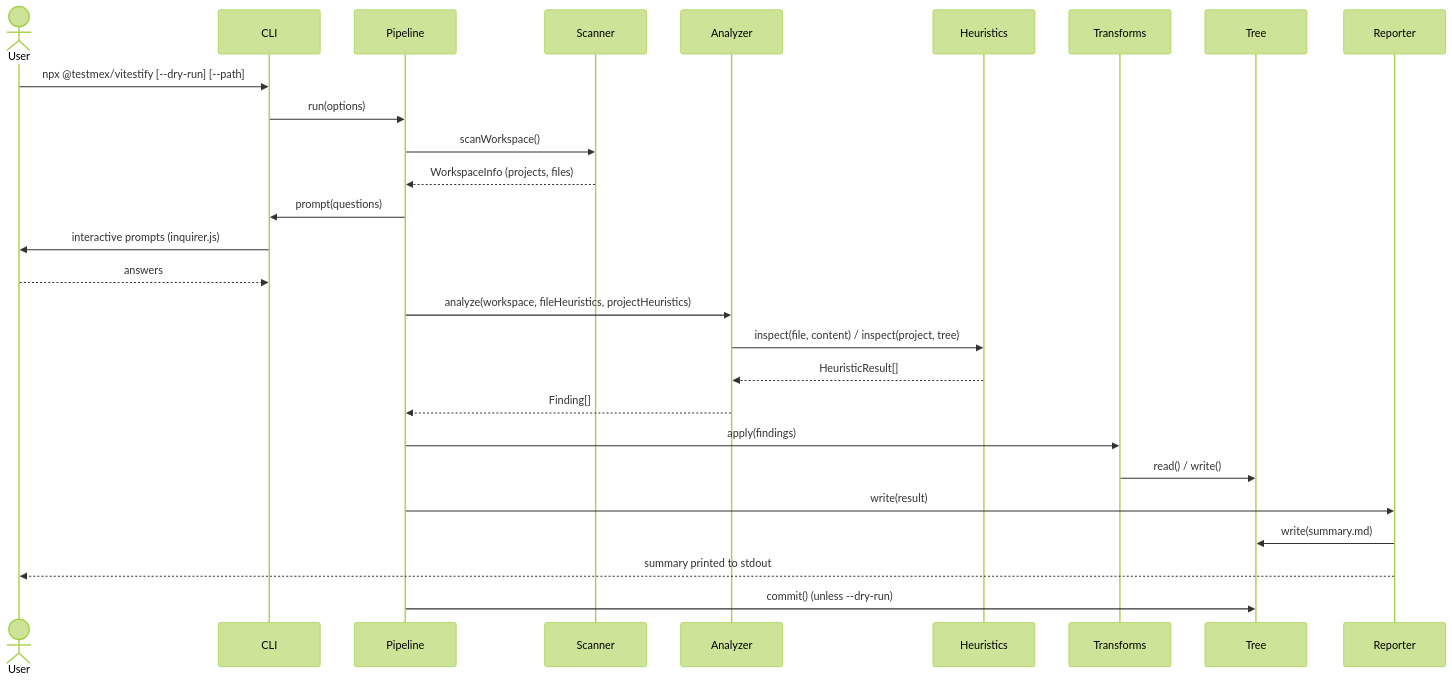
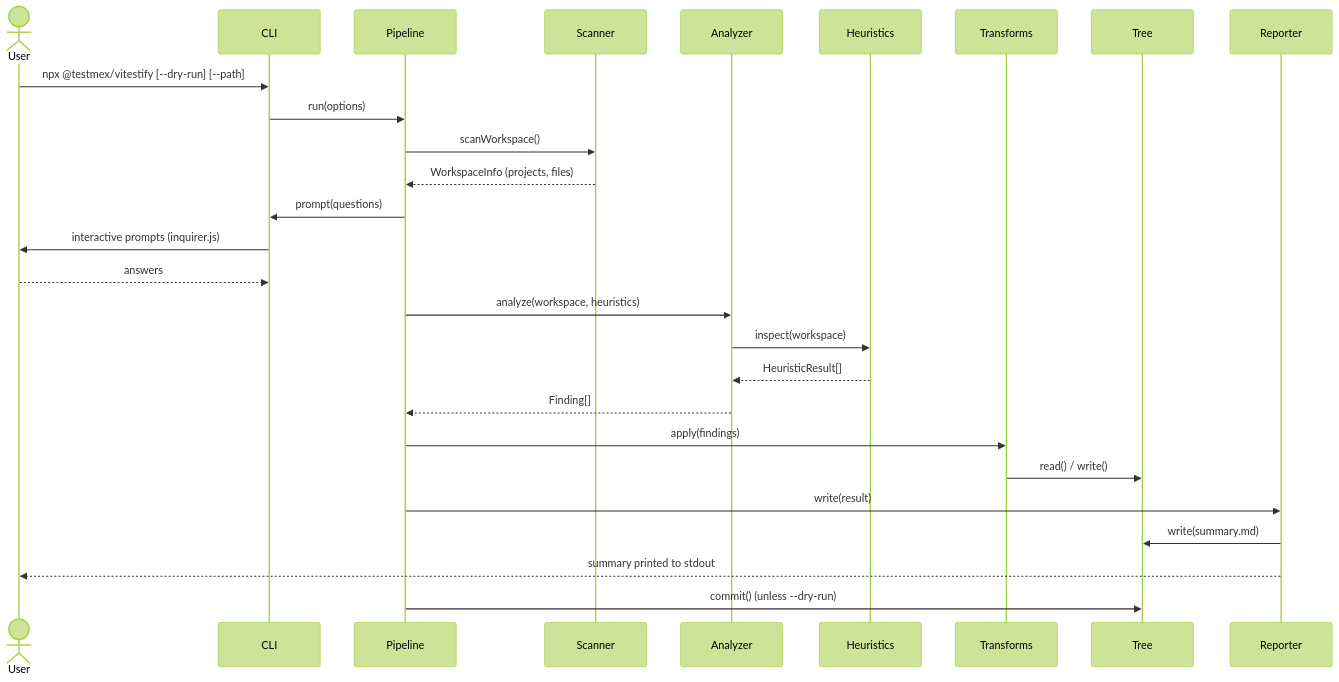
The second of 3 diagrams in design-docs/001-vitestify.md (testmex/testmex), drawn with Mermaid (forest theme) before and after one commit. The commit also changed other lines of this file, not shown here.

````diff
--- a/design-docs/001-vitestify.md
+++ b/design-docs/001-vitestify.md
@@ -55,30 +55,30 @@
 ```mermaid
 sequenceDiagram
     actor User
     participant CLI
     participant Pipeline
     participant Scanner
     participant Analyzer
     participant Heuristics
     participant Transforms
     participant Tree
     participant Reporter
 
     User->>CLI: npx @testmex/vitestify [--dry-run] [--path]
     CLI->>Pipeline: run(options)
     Pipeline->>Scanner: scanWorkspace()
     Scanner-->>Pipeline: WorkspaceInfo (projects, files)
     Pipeline->>CLI: prompt(questions)
     CLI->>User: interactive prompts (inquirer.js)
     User-->>CLI: answers
-    Pipeline->>Analyzer: analyze(workspace, fileHeuristics, projectHeuristics)
-    Analyzer->>Heuristics: inspect(file, content) / inspect(project, tree)
+    Pipeline->>Analyzer: analyze(workspace, heuristics)
+    Analyzer->>Heuristics: inspect(workspace)
     Heuristics-->>Analyzer: HeuristicResult[]
     Analyzer-->>Pipeline: Finding[]
     Pipeline->>Transforms: apply(findings)
     Transforms->>Tree: read() / write()
     Pipeline->>Reporter: write(result)
     Reporter->>Tree: write(summary.md)
     Reporter-->>User: summary printed to stdout
     Pipeline->>Tree: commit() (unless --dry-run)
 ```
````
